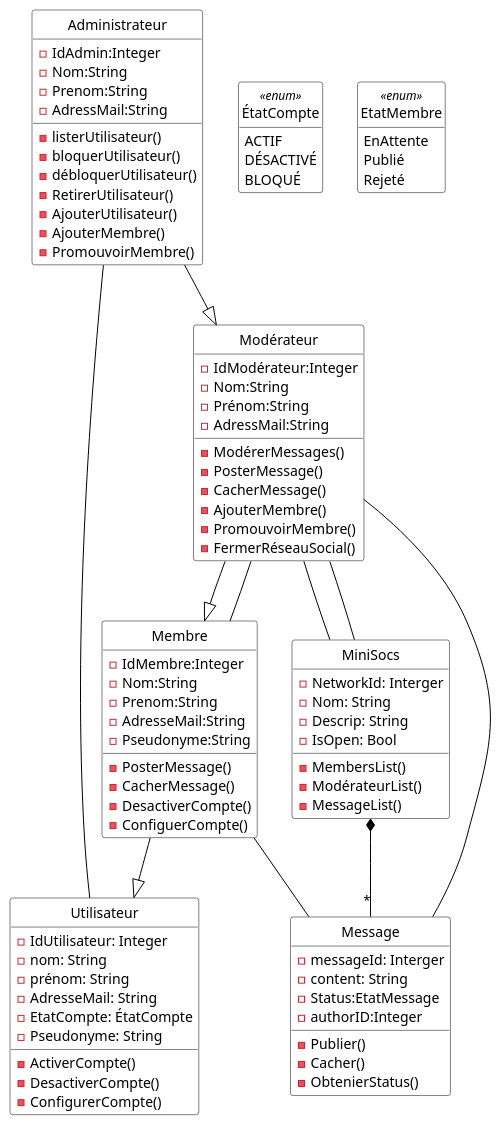
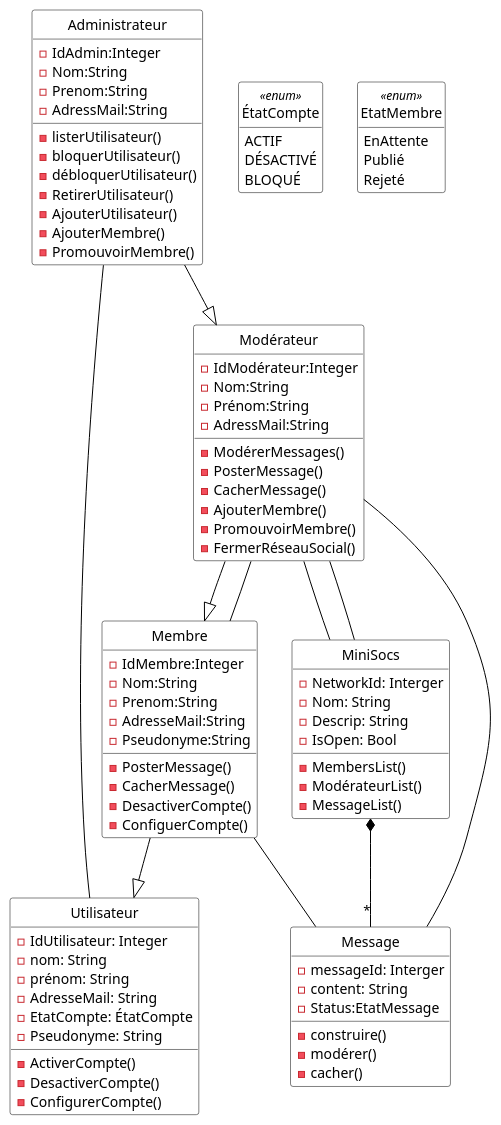
One commit to yesminete/MiniSocs changed the diagram in Diagrammes/minisocs_uml_diag_classes_sans_notif.pu. Above: the diagram before and after it, drawn with PlantUML. The commit also changed 2 other files, not shown here.

Commit message:
Modification diagramme de class et readme file

```diff
--- a/Diagrammes/minisocs_uml_diag_classes_sans_notif.pu
+++ b/Diagrammes/minisocs_uml_diag_classes_sans_notif.pu
@@ -1,117 +1,116 @@
 @startuml
 
 'Diagramme de classes (PlantUML)'
 
 'Configuration charte graphique'
 hide empty methods
 hide circle
 skinparam class {
   BackgroundColor White
   ArrowColor Black
   BorderColor Black
 }
 
 'Classes, énumérations, etc.'
 class MiniSocs {
   -NetworkId: Interger
   -Nom: String
   -Descrip: String
   -IsOpen: Bool
   -MembersList()
   -ModérateurList()
   -MessageList()
 }
 
 
 class Utilisateur {
   - IdUtilisateur: Integer
   - nom: String
   - prénom: String
   - AdresseMail: String
   -EtatCompte: ÉtatCompte
   -Pseudonyme: String
   -ActiverCompte()
   -DesactiverCompte()
   -ConfigurerCompte()
 }
 
 
 class Membre{
   -IdMembre:Integer
   -Nom:String
   -Prenom:String
   -AdresseMail:String
   - Pseudonyme:String
   -PosterMessage()
   -CacherMessage()
   -DesactiverCompte()
   -ConfiguerCompte()
 }
 
 
 class Administrateur{
   -IdAdmin:Integer
   -Nom:String
   -Prenom:String
   -AdressMail:String
   -listerUtilisateur()
   -bloquerUtilisateur()
   -débloquerUtilisateur()
   -RetirerUtilisateur()
   -AjouterUtilisateur()
   -AjouterMembre()
   -PromouvoirMembre()
 }
 class Modérateur {
   -IdModérateur:Integer
   -Nom:String
   -Prénom:String
   -AdressMail:String
   -ModérerMessages()
   -PosterMessage()
   -CacherMessage()
   -AjouterMembre()
   -PromouvoirMembre()
   -FermerRéseauSocial()
   
 }
 
 class Message{
   -messageId: Interger
   -content: String
   -Status:EtatMessage
-  -authorID:Integer
-  -Publier()
-  -Cacher()
-  -ObtenierStatus()
+  -construire()
+  -modérer()
+  -cacher()
 }
 
 enum ÉtatCompte <<enum>> {
   ACTIF
   DÉSACTIVÉ
   BLOQUÉ
 }
 
 enum EtatMembre <<enum>>{
   EnAttente
   Publié
   Rejeté
 }
 
 'Associations, etc.'
 
 Administrateur--|> Modérateur
 Administrateur-- Utilisateur
 Membre --|> Utilisateur 
 Modérateur --|> Membre
 Modérateur--Membre
 Modérateur--MiniSocs
 Membre-- Message
 Modérateur--Message
 Modérateur--MiniSocs
 MiniSocs*--"*" Message
 
 
 'Au besoin, aides pour le positionnement'
 
 @enduml
```
